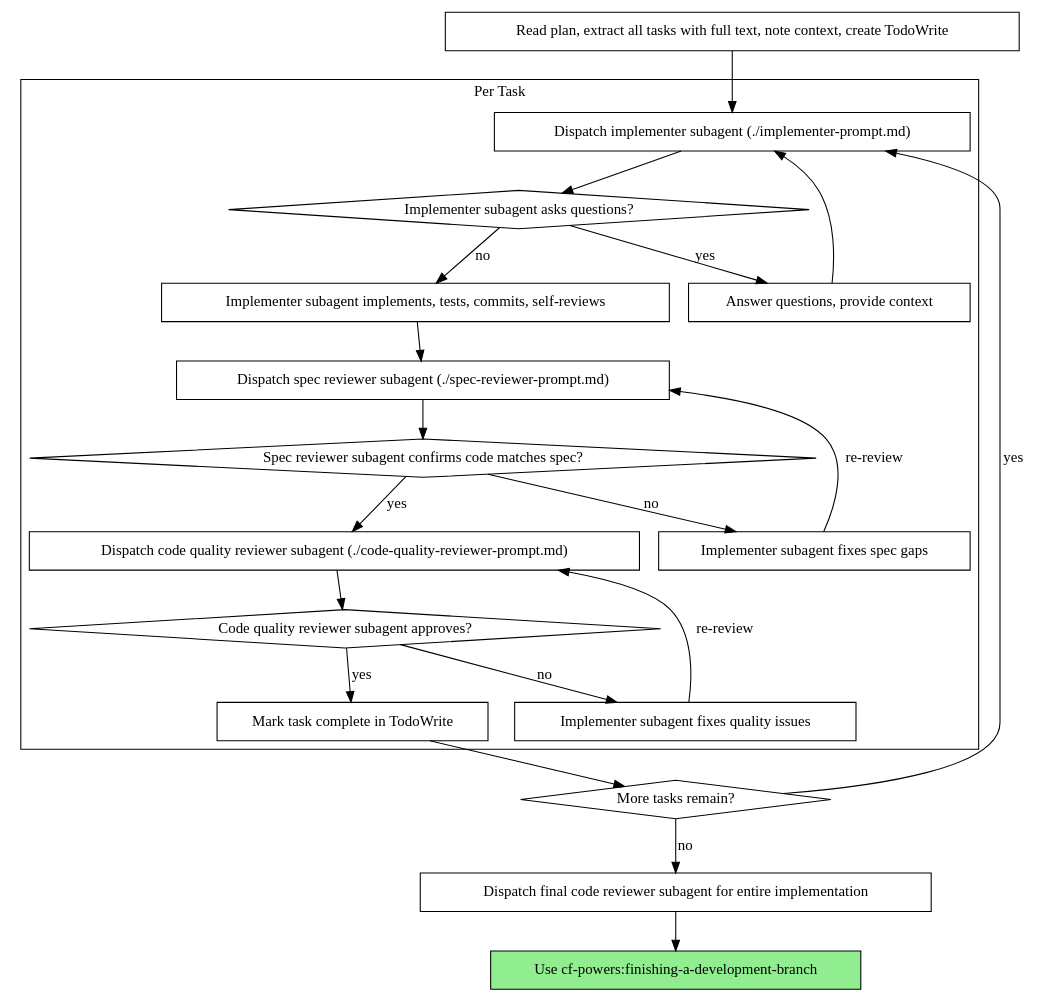
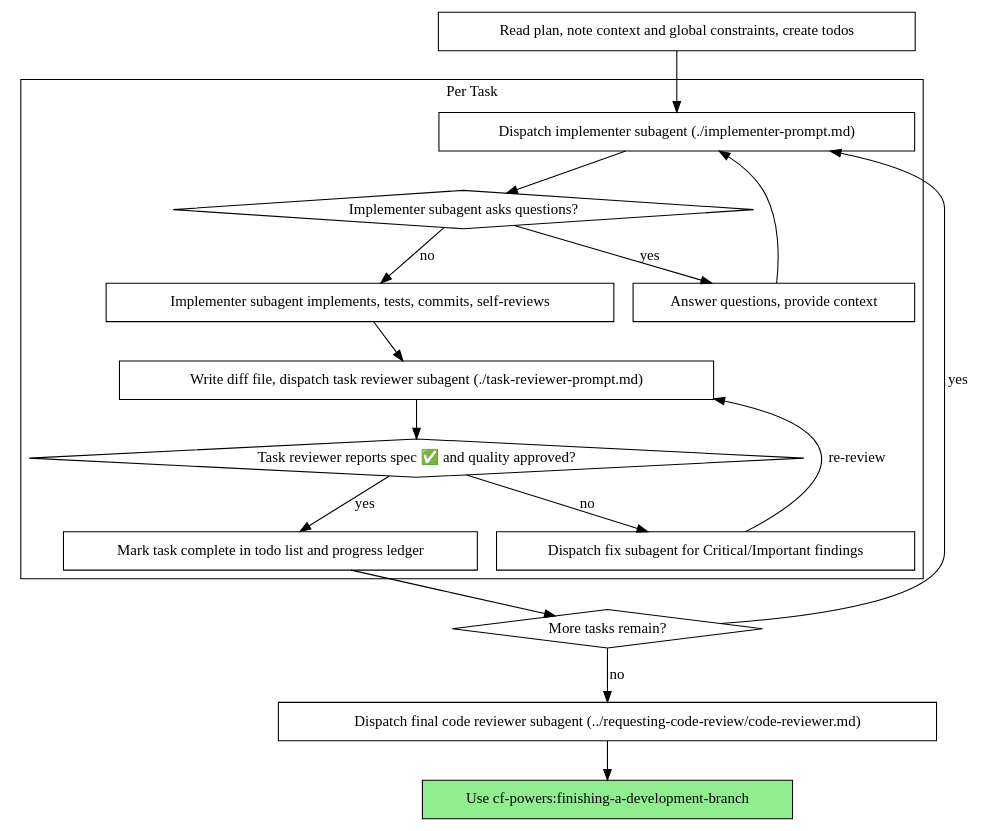
One commit to cloudfieldcz/cf-powers changed the second of 2 diagrams in skills/subagent-driven-development/SKILL.md. Above: the diagram before and after it, drawn with Graphviz. The commit also changed other lines of this file and 13 other files, not shown here.

First line of the commit message:
v2.0.0: port subagent-driven-development rewrite (P3 of upstream sync)

````diff
--- a/skills/subagent-driven-development/SKILL.md
+++ b/skills/subagent-driven-development/SKILL.md
@@ -42,44 +47,37 @@
 ```dot
 digraph process {
     rankdir=TB;
 
     subgraph cluster_per_task {
         label="Per Task";
         "Dispatch implementer subagent (./implementer-prompt.md)" [shape=box];
         "Implementer subagent asks questions?" [shape=diamond];
         "Answer questions, provide context" [shape=box];
         "Implementer subagent implements, tests, commits, self-reviews" [shape=box];
-        "Dispatch spec reviewer subagent (./spec-reviewer-prompt.md)" [shape=box];
-        "Spec reviewer subagent confirms code matches spec?" [shape=diamond];
-        "Implementer subagent fixes spec gaps" [shape=box];
-        "Dispatch code quality reviewer subagent (./code-quality-reviewer-prompt.md)" [shape=box];
-        "Code quality reviewer subagent approves?" [shape=diamond];
-        "Implementer subagent fixes quality issues" [shape=box];
-        "Mark task complete in TodoWrite" [shape=box];
+        "Write diff file, dispatch task reviewer subagent (./task-reviewer-prompt.md)" [shape=box];
+        "Task reviewer reports spec ✅ and quality approved?" [shape=diamond];
+        "Dispatch fix subagent for Critical/Important findings" [shape=box];
+        "Mark task complete in todo list and progress ledger" [shape=box];
     }
 
-    "Read plan, extract all tasks with full text, note context, create TodoWrite" [shape=box];
+    "Read plan, note context and global constraints, create todos" [shape=box];
     "More tasks remain?" [shape=diamond];
-    "Dispatch final code reviewer subagent for entire implementation" [shape=box];
+    "Dispatch final code reviewer subagent (../requesting-code-review/code-reviewer.md)" [shape=box];
     "Use cf-powers:finishing-a-development-branch" [shape=box style=filled fillcolor=lightgreen];
 
-    "Read plan, extract all tasks with full text, note context, create TodoWrite" -> "Dispatch implementer subagent (./implementer-prompt.md)";
+    "Read plan, note context and global constraints, create todos" -> "Dispatch implementer subagent (./implementer-prompt.md)";
     "Dispatch implementer subagent (./implementer-prompt.md)" -> "Implementer subagent asks questions?";
     "Implementer subagent asks questions?" -> "Answer questions, provide context" [label="yes"];
     "Answer questions, provide context" -> "Dispatch implementer subagent (./implementer-prompt.md)";
     "Implementer subagent asks questions?" -> "Implementer subagent implements, tests, commits, self-reviews" [label="no"];
-    "Implementer subagent implements, tests, commits, self-reviews" -> "Dispatch spec reviewer subagent (./spec-reviewer-prompt.md)";
-    "Dispatch spec reviewer subagent (./spec-reviewer-prompt.md)" -> "Spec reviewer subagent confirms code matches spec?";
-    "Spec reviewer subagent confirms code matches spec?" -> "Implementer subagent fixes spec gaps" [label="no"];
-    "Implementer subagent fixes spec gaps" -> "Dispatch spec reviewer subagent (./spec-reviewer-prompt.md)" [label="re-review"];
-    "Spec reviewer subagent confirms code matches spec?" -> "Dispatch code quality reviewer subagent (./code-quality-reviewer-prompt.md)" [label="yes"];
-    "Dispatch code quality reviewer subagent (./code-quality-reviewer-prompt.md)" -> "Code quality reviewer subagent approves?";
-    "Code quality reviewer subagent approves?" -> "Implementer subagent fixes quality issues" [label="no"];
-    "Implementer subagent fixes quality issues" -> "Dispatch code quality reviewer subagent (./code-quality-reviewer-prompt.md)" [label="re-review"];
-    "Code quality reviewer subagent approves?" -> "Mark task complete in TodoWrite" [label="yes"];
-    "Mark task complete in TodoWrite" -> "More tasks remain?";
+    "Implementer subagent implements, tests, commits, self-reviews" -> "Write diff file, dispatch task reviewer subagent (./task-reviewer-prompt.md)";
+    "Write diff file, dispatch task reviewer subagent (./task-reviewer-prompt.md)" -> "Task reviewer reports spec ✅ and quality approved?";
+    "Task reviewer reports spec ✅ and quality approved?" -> "Dispatch fix subagent for Critical/Important findings" [label="no"];
+    "Dispatch fix subagent for Critical/Important findings" -> "Write diff file, dispatch task reviewer subagent (./task-reviewer-prompt.md)" [label="re-review"];
+    "Task reviewer reports spec ✅ and quality approved?" -> "Mark task complete in todo list and progress ledger" [label="yes"];
+    "Mark task complete in todo list and progress ledger" -> "More tasks remain?";
     "More tasks remain?" -> "Dispatch implementer subagent (./implementer-prompt.md)" [label="yes"];
-    "More tasks remain?" -> "Dispatch final code reviewer subagent for entire implementation" [label="no"];
-    "Dispatch final code reviewer subagent for entire implementation" -> "Use cf-powers:finishing-a-development-branch";
+    "More tasks remain?" -> "Dispatch final code reviewer subagent (../requesting-code-review/code-reviewer.md)" [label="no"];
+    "Dispatch final code reviewer subagent (../requesting-code-review/code-reviewer.md)" -> "Use cf-powers:finishing-a-development-branch";
 }
 ```
````
